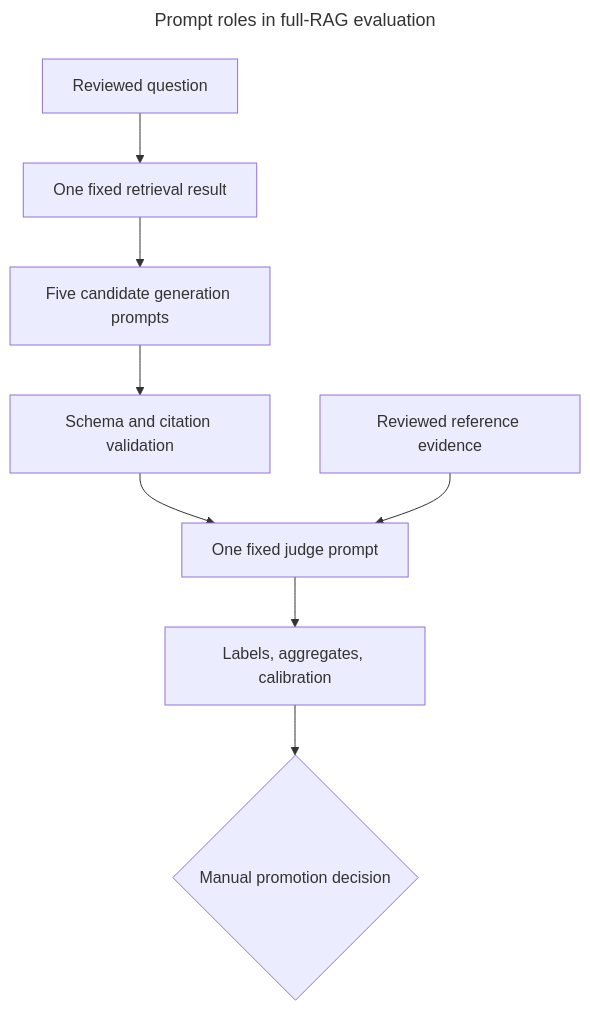
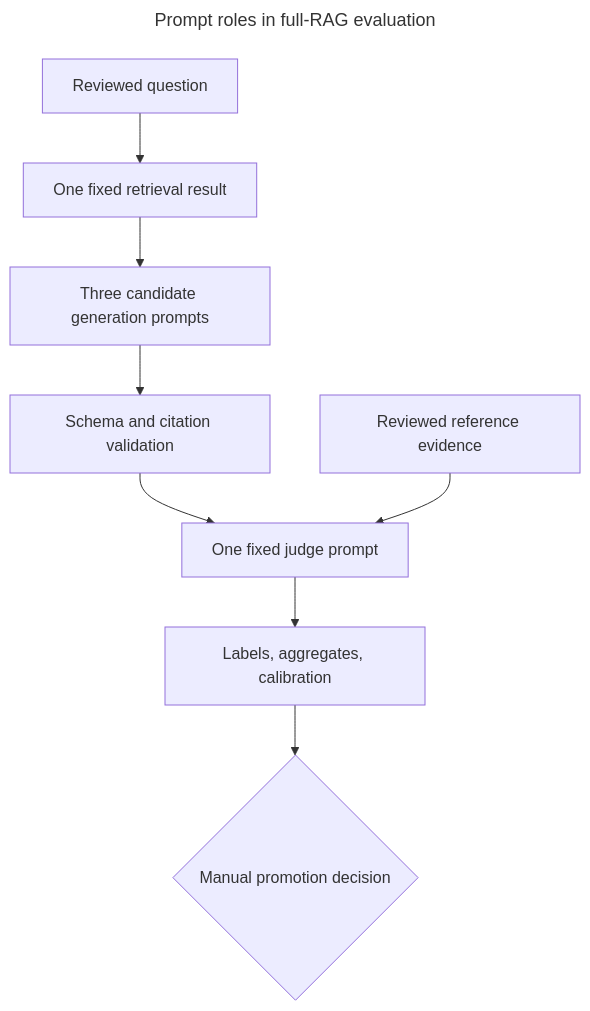
One commit to hongchit/sec-filing-rag-poc changed the diagram in docs/rag-evaluation-workflow.md. Above: the diagram before and after it, drawn with Mermaid. The commit also changed other lines of this file and 57 other files, not shown here.

````diff
--- a/docs/rag-evaluation-workflow.md
+++ b/docs/rag-evaluation-workflow.md
@@ -31,13 +31,13 @@
 ```mermaid
 ---
 title: Prompt roles in full-RAG evaluation
 ---
 flowchart TD
   Q[Reviewed question] --> R[One fixed retrieval result]
-  R --> P[Five candidate generation prompts]
+  R --> P[Three candidate generation prompts]
   P --> V[Schema and citation validation]
   V --> J[One fixed judge prompt]
   E[Reviewed reference evidence] --> J
   J --> S[Labels, aggregates, calibration]
   S --> D{Manual promotion decision}
 ```
````
